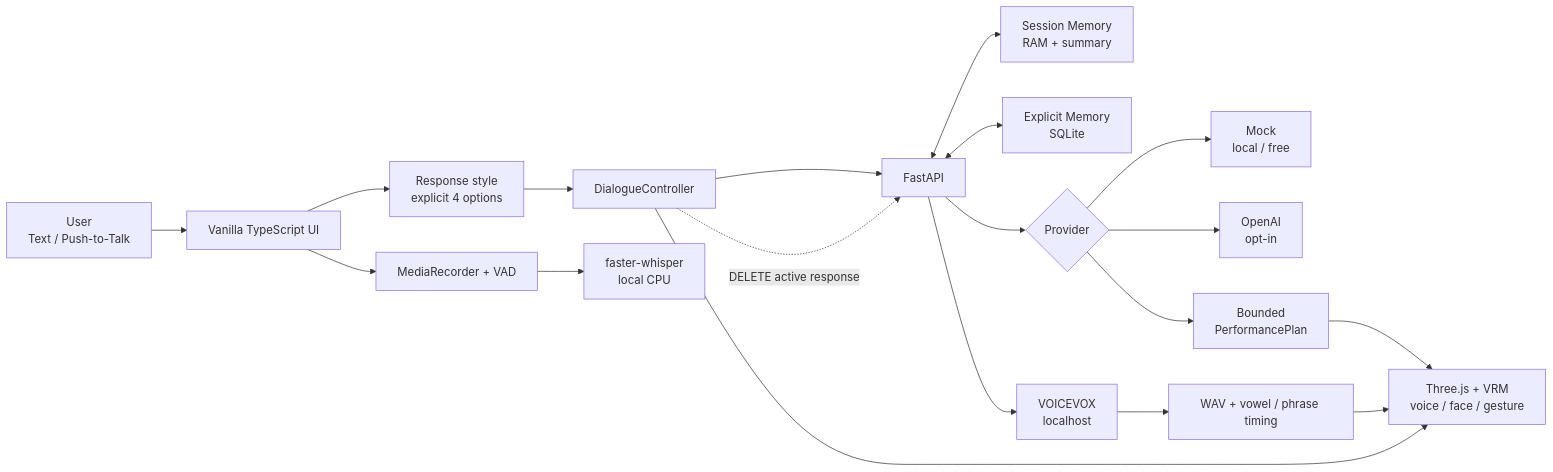
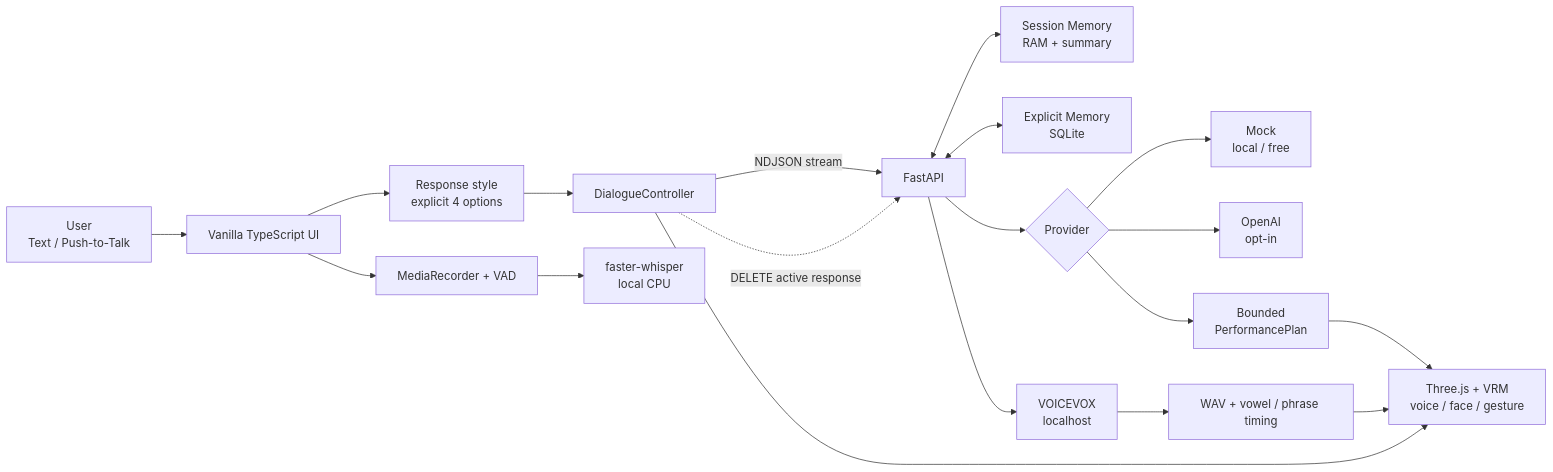
One commit to yutoo77/adaptive-vrm-dialogue-agent changed the diagram in README.md. Above: the diagram before and after it, drawn with Mermaid. The commit also changed other lines of this file and 23 other files, not shown here.

Commit message:
feat: stream validated dialogue replies

````diff
--- a/README.md
+++ b/README.md
@@ -100,23 +102,23 @@
 ```mermaid
 flowchart LR
     User["User\nText / Push-to-Talk"] --> UI["Vanilla TypeScript UI"]
     UI --> Style["Response style\nexplicit 4 options"]
     Style --> Dialogue["DialogueController"]
-    Dialogue --> API["FastAPI"]
+    Dialogue -->|"NDJSON stream"| API["FastAPI"]
     Dialogue -. "DELETE active response" .-> API
     API <--> Session["Session Memory\nRAM + summary"]
     API <--> SQLite["Explicit Memory\nSQLite"]
     API --> Provider{"Provider"}
     Provider --> Mock["Mock\nlocal / free"]
     Provider --> OpenAI["OpenAI\nopt-in"]
     Provider --> Plan["Bounded\nPerformancePlan"]
 
     UI --> PTT["MediaRecorder + VAD"]
     PTT --> Whisper["faster-whisper\nlocal CPU"]
 
     API --> Voicevox["VOICEVOX\nlocalhost"]
     Voicevox --> Timing["WAV + vowel / phrase timing"]
     Timing --> Avatar["Three.js + VRM\nvoice / face / gesture"]
     Plan --> Avatar
     Dialogue --> Avatar
 ```
````
